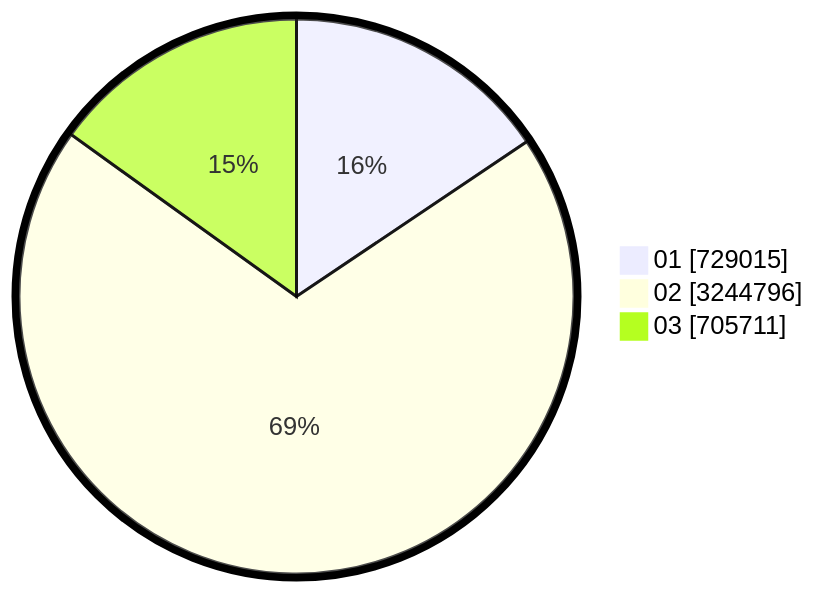
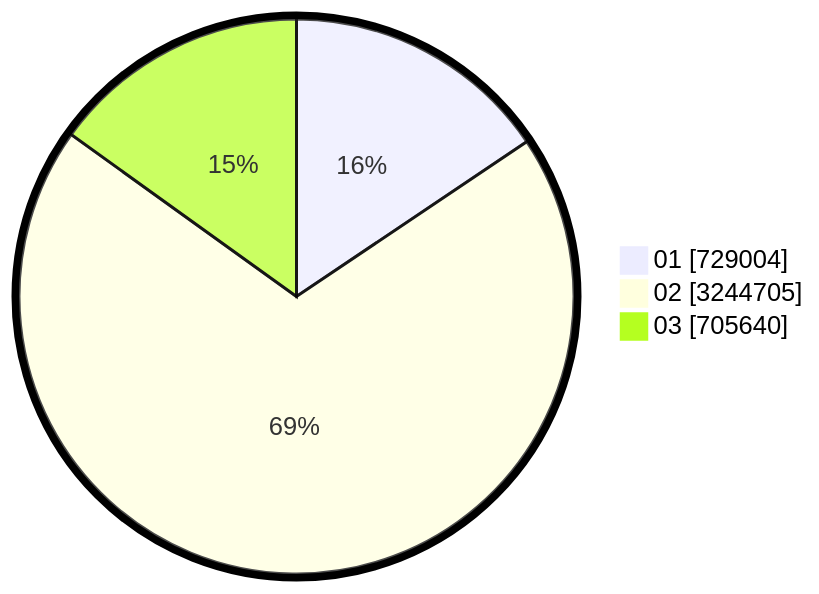
Before and after one commit to gigit-pemilu/pemilu-2024: the second of 2 diagrams in pilpres/hitung-suara/sub/table-wilayah-18.md, drawn with Mermaid. The commit also changed other lines of this file and 8 other files, not shown here.

````diff
--- a/pilpres/hitung-suara/sub/table-wilayah-18.md
+++ b/pilpres/hitung-suara/sub/table-wilayah-18.md
@@ -15,7 +15,7 @@
 ```mermaid
 %%{init: {"pie": {"textPosition": 0.5}, "themeVariables": {"pieOuterStrokeWidth": "5px"}} }%%
 pie showData
-    "01" : 729015
-    "02" : 3244796
-    "03" : 705711
+    "01" : 729004
+    "02" : 3244705
+    "03" : 705640
 ```
````
